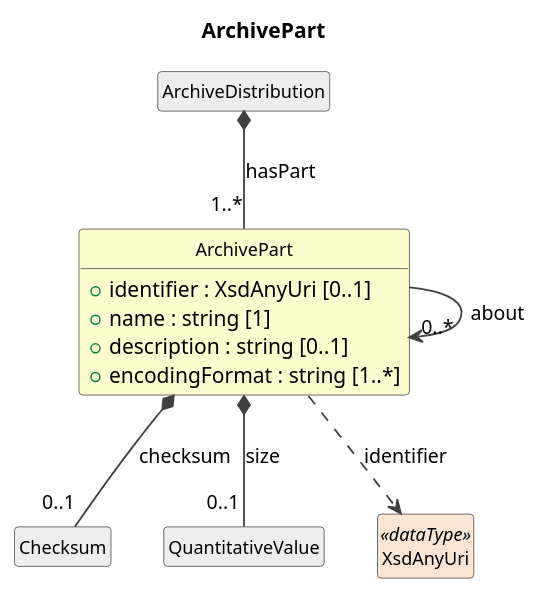
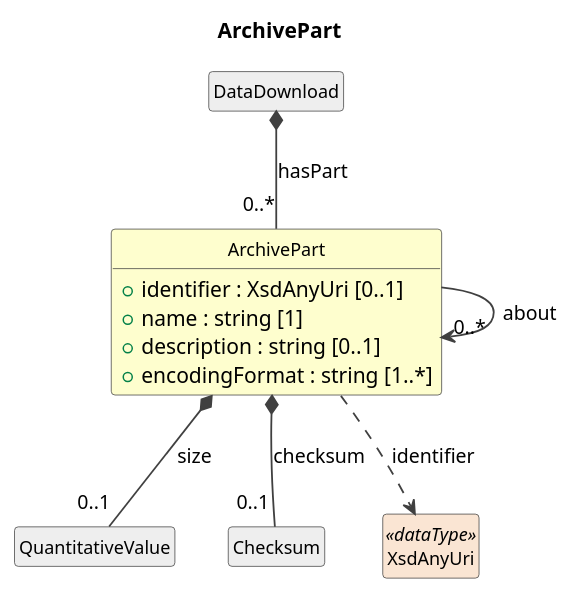
Before and after one commit to Cross-Domain-Interoperability-Framework/metadataBuildingBlocks: the diagram in cdif-uml-model/CDIFArchiveDistribution/Classes/ArchivePart.pu, drawn with PlantUML. The commit also changed 142 other files, not shown here.

First line of the commit message:
cdif-uml-model: regenerated CDIFArchiveDistribution (focused overview)

```diff
--- a/cdif-uml-model/CDIFArchiveDistribution/Classes/ArchivePart.pu
+++ b/cdif-uml-model/CDIFArchiveDistribution/Classes/ArchivePart.pu
@@ -1,29 +1,29 @@
 @startuml
 title ArchivePart
 hide circle
 hide empty members
 skinparam shadowing false
 skinparam ArrowThickness 1.2
 skinparam class {
   ArrowColor #404040
   BorderColor #404040
   FontSize 12
 }
 
 class "ArchivePart" as ArchivePart #FEFECE {
   +identifier : XsdAnyUri [0..1]
   +name : string [1]
   +description : string [0..1]
   +encodingFormat : string [1..*]
 }
-class "ArchiveDistribution" as ArchiveDistribution #EEEEEE
-ArchiveDistribution *-- "1..*" ArchivePart : hasPart
+class "DataDownload" as DataDownload #EEEEEE
+DataDownload *-- "0..*" ArchivePart : hasPart
 ArchivePart --> "0..*" ArchivePart : about
+class "QuantitativeValue" as QuantitativeValue #EEEEEE
+ArchivePart *-- "0..1" QuantitativeValue : size
 class "Checksum" as Checksum #EEEEEE
 ArchivePart *-- "0..1" Checksum : checksum
-class "QuantitativeValue" as QuantitativeValue #EEEEEE
-ArchivePart *-- "0..1" QuantitativeValue : size
 class "XsdAnyUri" as XsdAnyUri <<dataType>> #FAE5D3
 ArchivePart ..> XsdAnyUri : identifier
 
 @enduml
```
